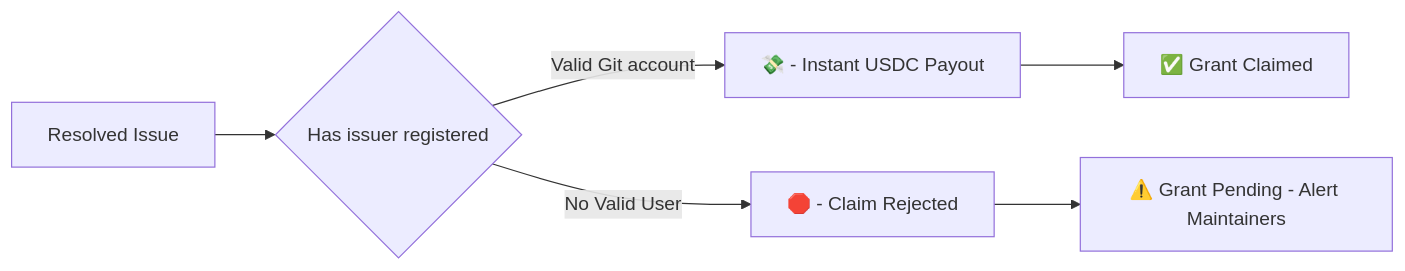
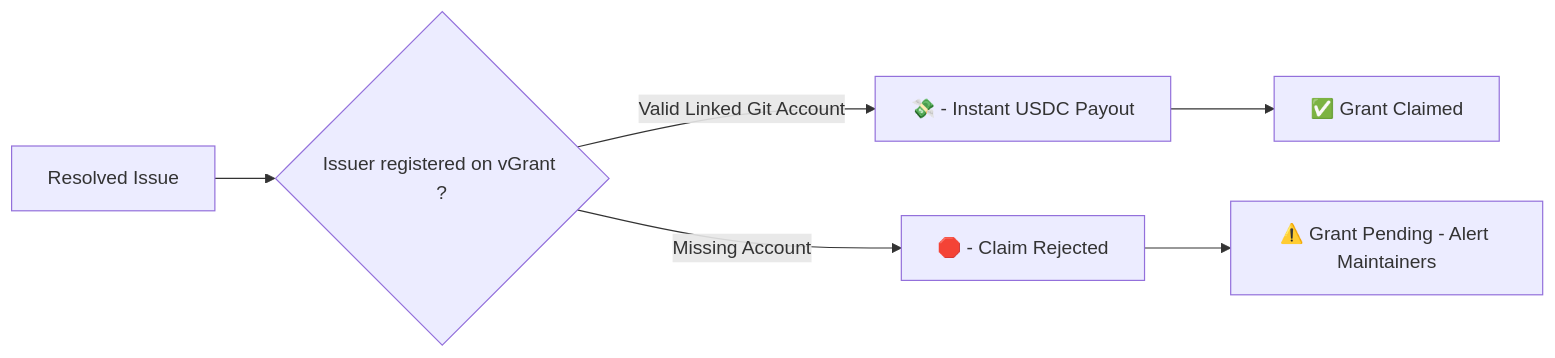
The fourth of 4 diagrams in README.md (b3ww/ethglobal), drawn with Mermaid before and after one commit. The commit also changed other lines of this file, not shown here.

````diff
--- a/README.md
+++ b/README.md
@@ -109,9 +109,9 @@
 ```mermaid
 graph LR
-    A[Resolved Issue] --> B{Has issuer registered}
-    B -->|Valid Git account| C[💸 - Instant USDC Payout]
+    A[Resolved Issue] --> B{Issuer registered on vGrant ?}
+    B -->|Valid Linked Git Account| C[💸 - Instant USDC Payout]
     C --> L[✅ Grant Claimed]
-    B -->|No Valid User| D[🛑 - Claim Rejected]
+    B -->|Missing Account| D[🛑 - Claim Rejected]
     D --> M[⚠️ Grant Pending - Alert Maintainers]
 
 ```
````
